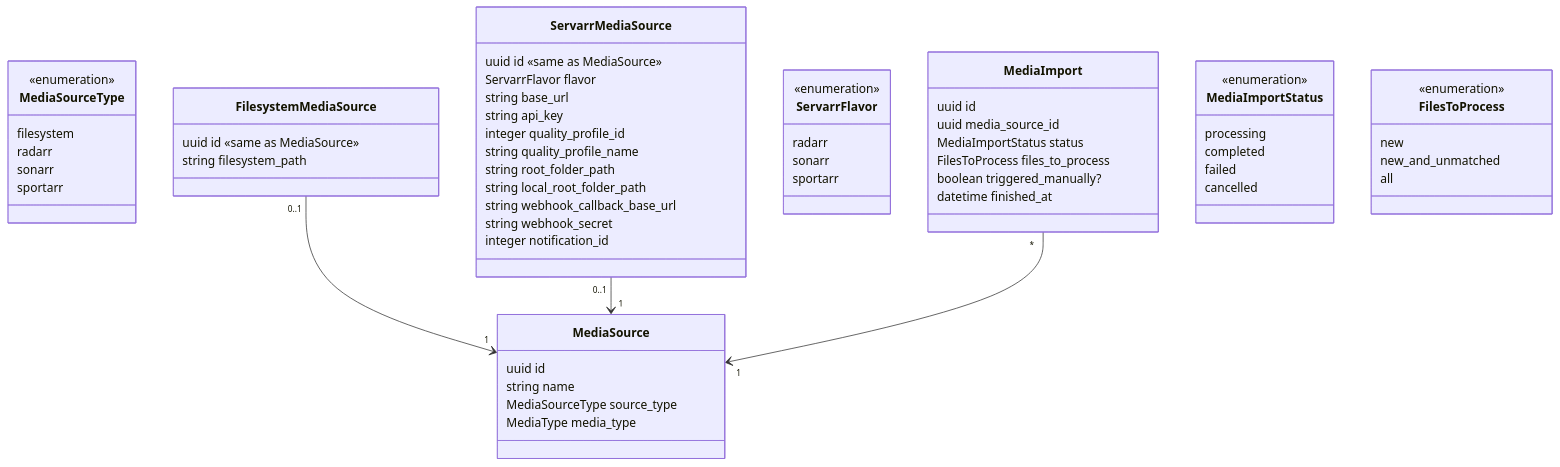
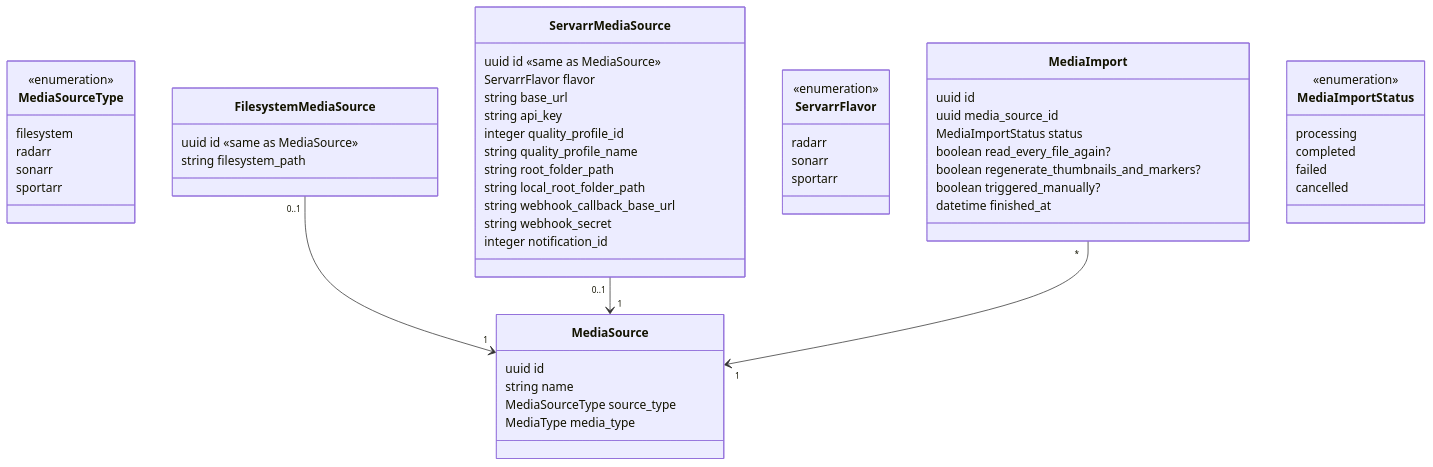
One commit to nat-e/watch_club changed the sixth of 12 diagrams in docs/data-model.md. Above: the diagram before and after it, drawn with Mermaid. The commit also changed other lines of this file and 2 other files, not shown here.

Commit message:
docs: describe File Stamps and the new Media Import options

````diff
--- a/docs/data-model.md
+++ b/docs/data-model.md
@@ -354,63 +358,58 @@
 ```mermaid
 classDiagram
   class MediaSource {
     uuid id
     string name
     MediaSourceType source_type
     MediaType media_type
   }
   class MediaSourceType {
     <<enumeration>>
     filesystem
     radarr
     sonarr
     sportarr
   }
   class FilesystemMediaSource {
     uuid id «same as MediaSource»
     string filesystem_path
   }
   class ServarrMediaSource {
     uuid id «same as MediaSource»
     ServarrFlavor flavor
     string base_url
     string api_key
     integer quality_profile_id
     string quality_profile_name
     string root_folder_path
     string local_root_folder_path
     string webhook_callback_base_url
     string webhook_secret
     integer notification_id
   }
   class ServarrFlavor {
     <<enumeration>>
     radarr
     sonarr
     sportarr
   }
   class MediaImport {
     uuid id
     uuid media_source_id
     MediaImportStatus status
-    FilesToProcess files_to_process
+    boolean read_every_file_again?
+    boolean regenerate_thumbnails_and_markers?
     boolean triggered_manually?
     datetime finished_at
   }
   class MediaImportStatus {
     <<enumeration>>
     processing
     completed
     failed
     cancelled
   }
-  class FilesToProcess {
-    <<enumeration>>
-    new
-    new_and_unmatched
-    all
-  }
   FilesystemMediaSource "0..1" --> "1" MediaSource
   ServarrMediaSource "0..1" --> "1" MediaSource
   MediaImport "*" --> "1" MediaSource
 ```
````
